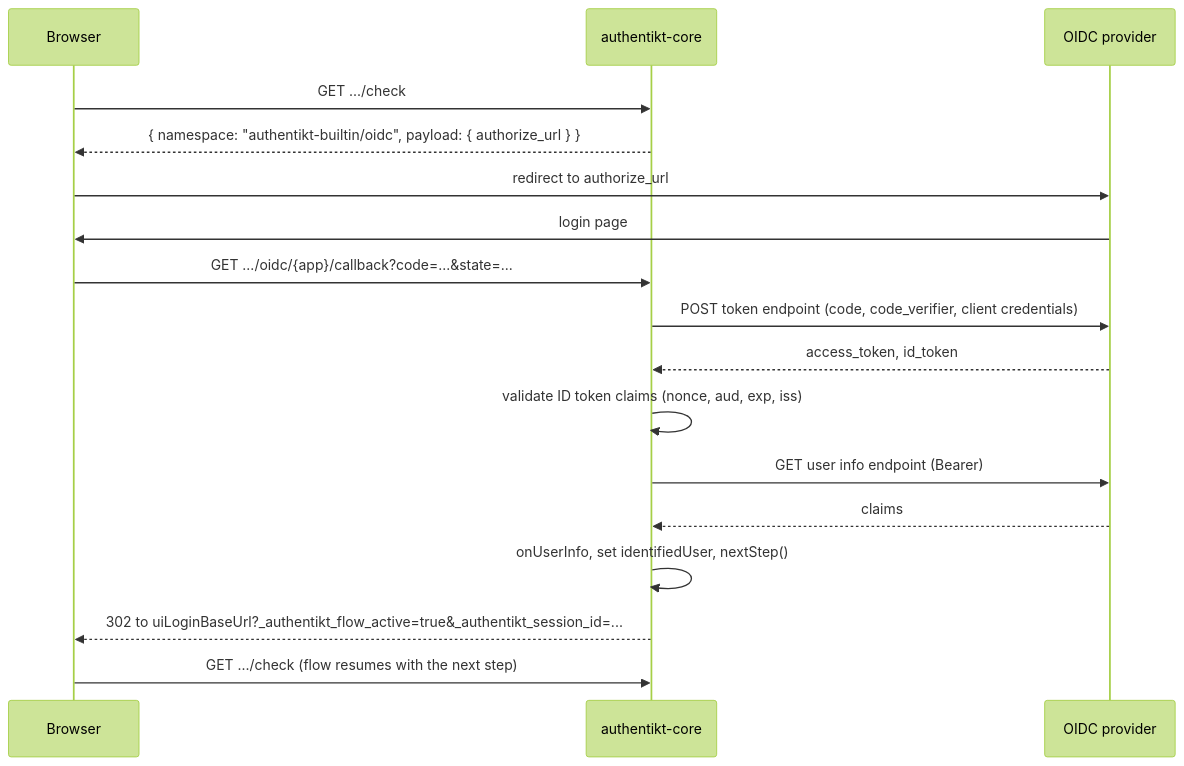
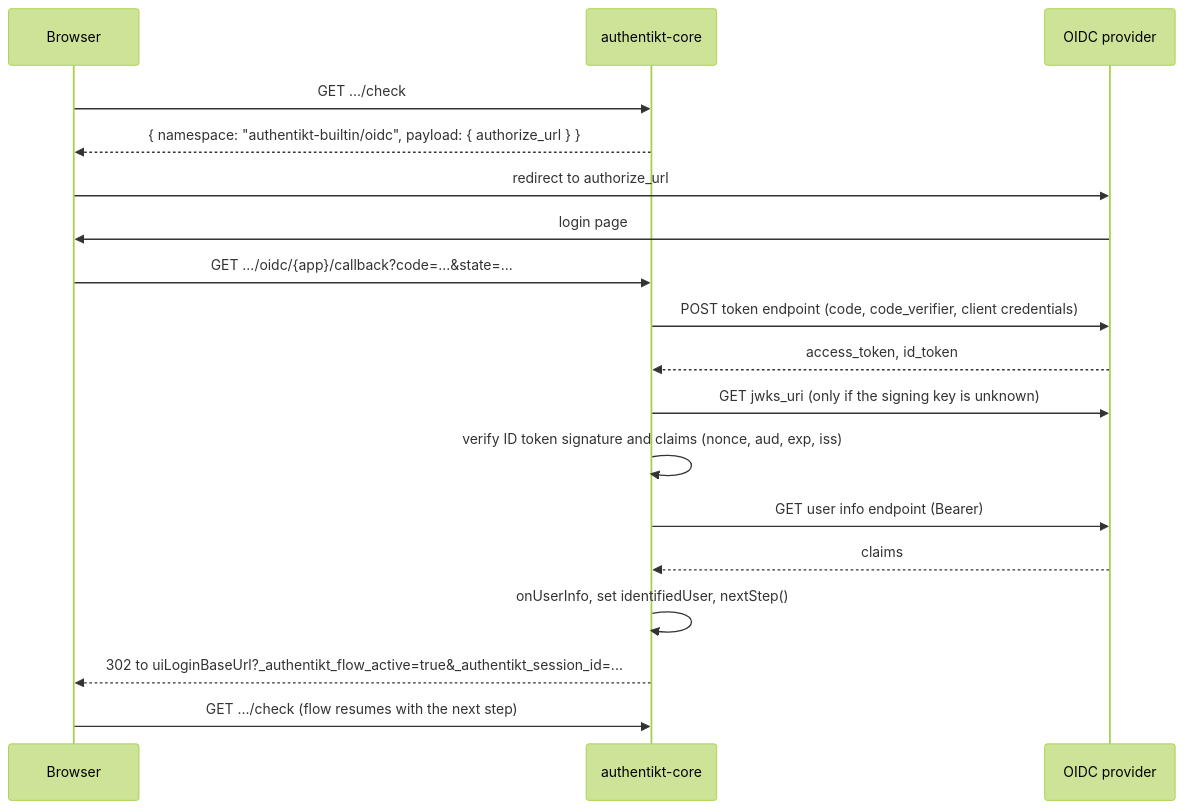
The diagram in Writerside/topics/oidc-plugin.md (Julius-Babies/authentikt), drawn with Mermaid (forest theme) before and after one commit. The commit also changed other lines of this file and 7 other files, not shown here.

First line of the commit message:
feat: Verify OIDC ID token signatures against the provider's JWKS (#8)

````diff
--- a/Writerside/topics/oidc-plugin.md
+++ b/Writerside/topics/oidc-plugin.md
@@ -79,20 +81,21 @@
 ```mermaid
 sequenceDiagram
     participant B as Browser
     participant K as authentikt-core
     participant P as OIDC provider
 
     B->>K: GET .../check
     K-->>B: { namespace: "authentikt-builtin/oidc", payload: { authorize_url } }
     B->>P: redirect to authorize_url
     P->>B: login page
     B->>K: GET .../oidc/{app}/callback?code=...&state=...
     K->>P: POST token endpoint (code, code_verifier, client credentials)
     P-->>K: access_token, id_token
-    K->>K: validate ID token claims (nonce, aud, exp, iss)
+    K->>P: GET jwks_uri (only if the signing key is unknown)
+    K->>K: verify ID token signature and claims (nonce, aud, exp, iss)
     K->>P: GET user info endpoint (Bearer)
     P-->>K: claims
     K->>K: onUserInfo, set identifiedUser, nextStep()
     K-->>B: 302 to uiLoginBaseUrl?_authentikt_flow_active=true&_authentikt_session_id=...
     B->>K: GET .../check (flow resumes with the next step)
 ```
````
